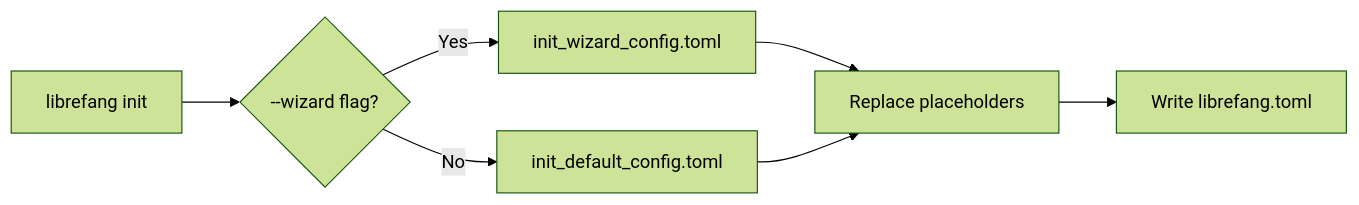
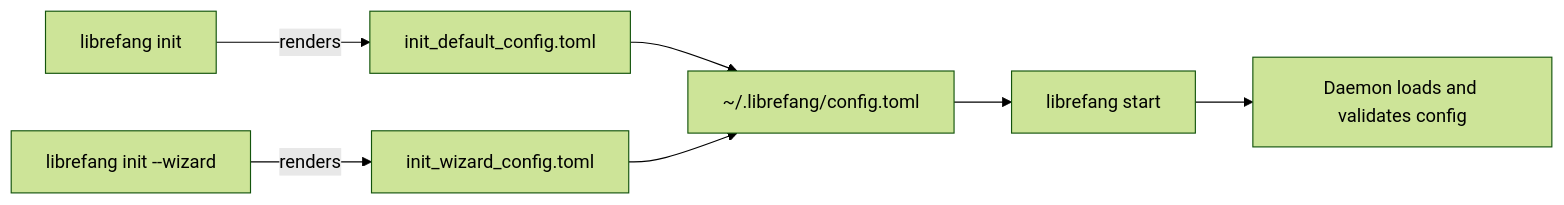
Before and after one commit to leszek3737/librefang-WIki: the diagram in other-librefang-cli-templates.md, drawn with Mermaid (forest theme). The commit also changed other lines of this file and 126 other files, not shown here.

````diff
--- a/other-librefang-cli-templates.md
+++ b/other-librefang-cli-templates.md
@@ -20,9 +139,9 @@
 ```mermaid
 flowchart LR
-    A["librefang init"] --> B{"--wizard flag?"}
-    B -- Yes --> C[init_wizard_config.toml]
-    B -- No --> D[init_default_config.toml]
-    C --> E[Replace placeholders]
+    A[librefang init] -->|renders| B[init_default_config.toml]
+    C[librefang init --wizard] -->|renders| D[init_wizard_config.toml]
+    B --> E[~/.librefang/config.toml]
     D --> E
-    E --> F["Write librefang.toml"]
+    E --> F[librefang start]
+    F --> G[Daemon loads and validates config]
 ```
````
